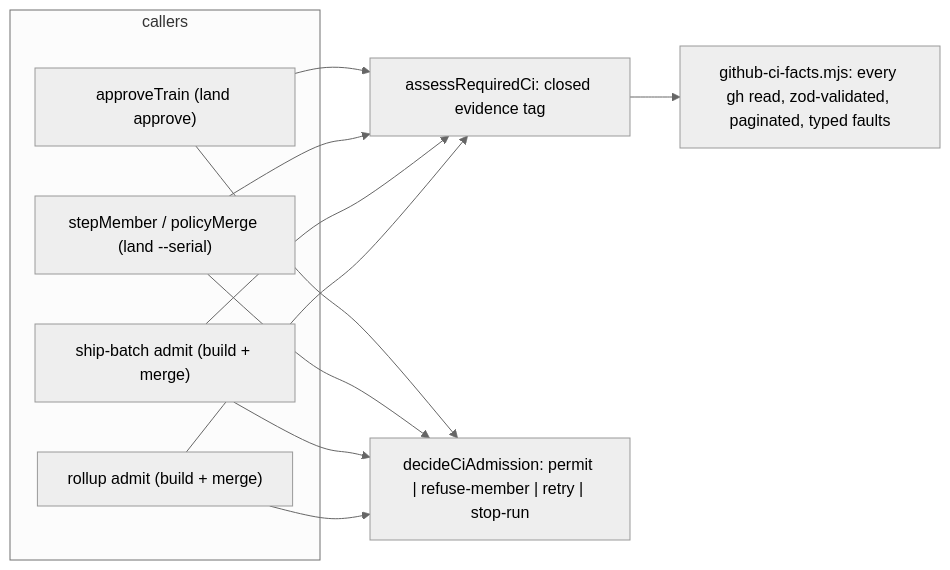
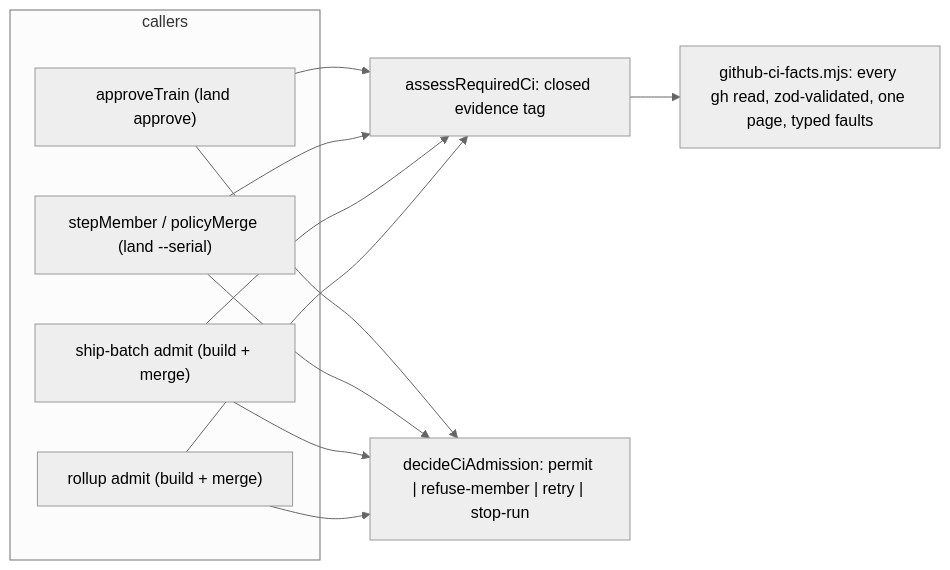
The diagram in docs/plans/ci-evidence-oracle.md (Lbstrydom/claude-engineering-skills), drawn with Mermaid (neutral theme) before and after one commit. The commit also changed other lines of this file, not shown here.

Commit message:
docs(plan): ci-evidence-oracle R2 fixes (base not server-pinned: detect and halt; one-page rules; closed status/conclusion domains)

````diff
--- a/docs/plans/ci-evidence-oracle.md
+++ b/docs/plans/ci-evidence-oracle.md
@@ -100,21 +100,21 @@
 ```mermaid
 graph LR
   subgraph callers
     A["approveTrain (land approve)"]
     S["stepMember / policyMerge (land --serial)"]
     B["ship-batch admit (build + merge)"]
     R["rollup admit (build + merge)"]
   end
-  F["github-ci-facts.mjs: every gh read, zod-validated, paginated, typed faults"]
+  F["github-ci-facts.mjs: every gh read, zod-validated, one page, typed faults"]
   O["assessRequiredCi: closed evidence tag"]
   D["decideCiAdmission: permit | refuse-member | retry | stop-run"]
   A --> O
   S --> O
   B --> O
   R --> O
   O --> F
   A --> D
   S --> D
   B --> D
   R --> D
 ```
````
